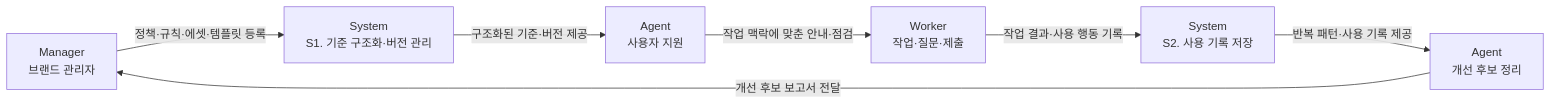
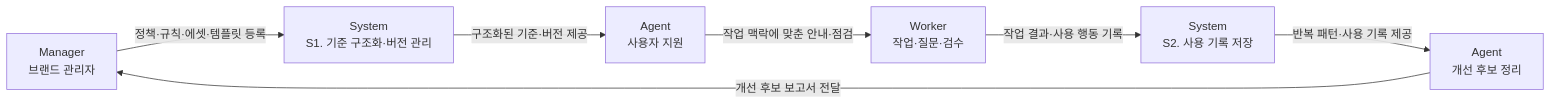
One commit to ewoooo/living-brand-system changed the second of 2 diagrams in docs/01-product.md. Above: the diagram before and after it, drawn with Mermaid. The commit also changed other lines of this file and 2 other files, not shown here.

````diff
--- a/docs/01-product.md
+++ b/docs/01-product.md
@@ -93,16 +93,16 @@
 ```mermaid
 flowchart LR
   M["Manager<br/>브랜드 관리자"]
   S1["System<br/>S1. 기준 구조화·버전 관리"]
   A1["Agent<br/>사용자 지원"]
-  C["Worker<br/>작업·질문·제출"]
+  C["Worker<br/>작업·질문·검수"]
   S2["System<br/>S2. 사용 기록 저장"]
   A2["Agent<br/>개선 후보 정리"]
 
   M -->|"정책·규칙·에셋·템플릿 등록"| S1
   S1 -->|"구조화된 기준·버전 제공"| A1
   A1 -->|"작업 맥락에 맞춘 안내·점검"| C
   C -->|"작업 결과·사용 행동 기록"| S2
   S2 -->|"반복 패턴·사용 기록 제공"| A2
   A2 -->|"개선 후보 보고서 전달"| M
 ```
````
